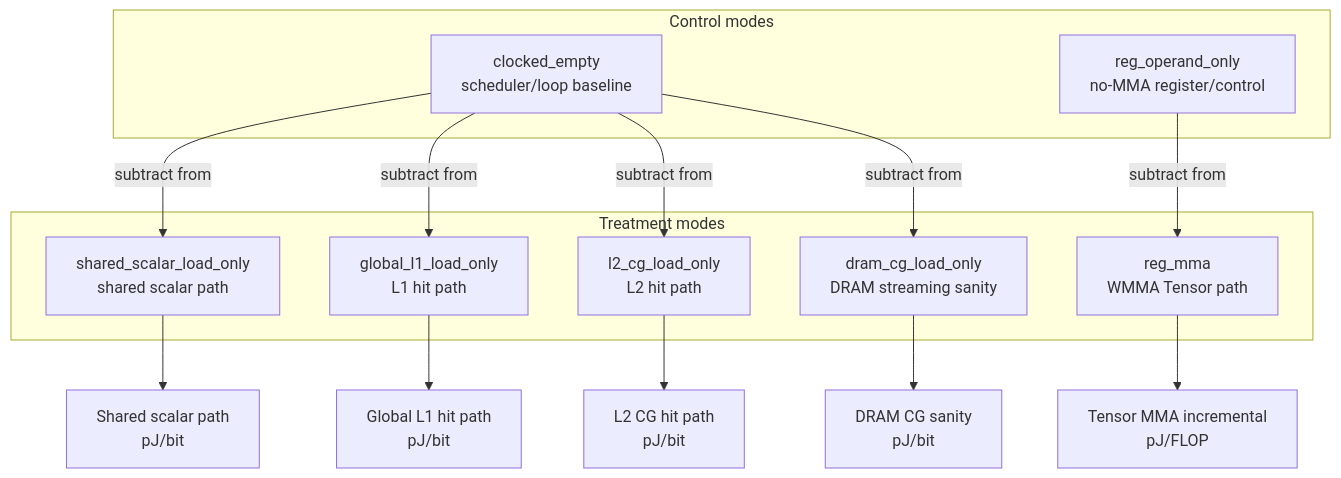
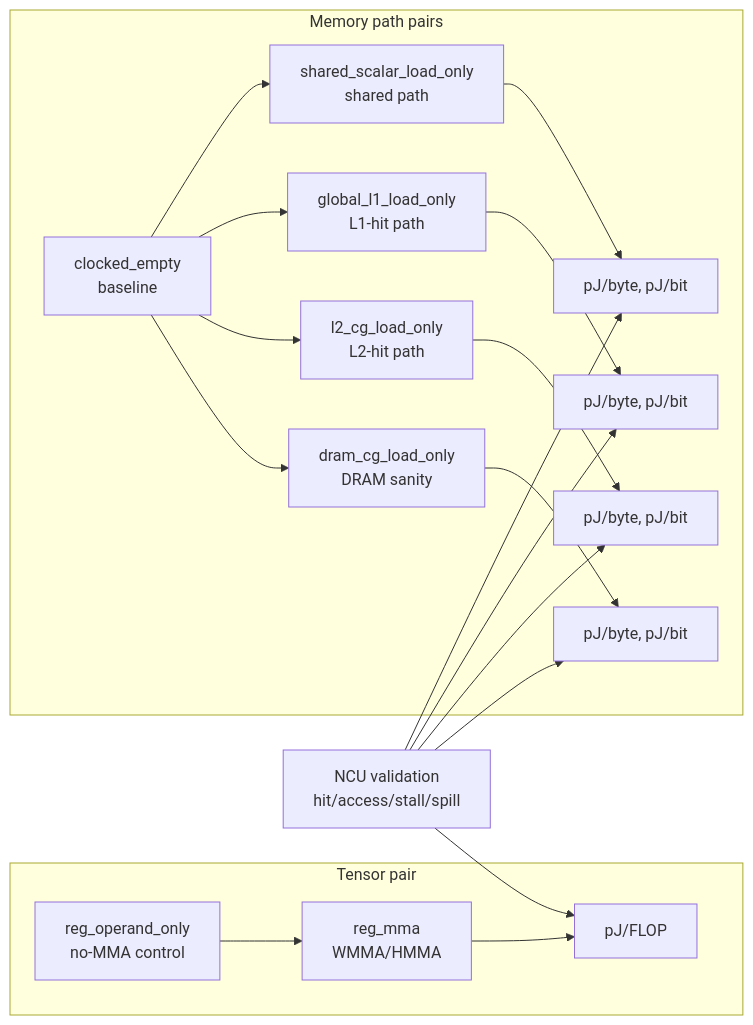
One commit to bang001/gpupower0701 changed the second of 2 diagrams in docs/howitworks.md. Above: the diagram before and after it, drawn with Mermaid. The commit also changed other lines of this file and 10 other files, not shown here.

````diff
--- a/docs/howitworks.md
+++ b/docs/howitworks.md
@@ -145,27 +516,25 @@
 ```mermaid
-flowchart TD
-  subgraph Controls[Control modes]
-    E[clocked_empty<br/>scheduler/loop baseline]
-    RO[reg_operand_only<br/>no-MMA register/control]
+flowchart LR
+  subgraph TensorPair[Tensor pair]
+    RO[reg_operand_only<br/>no-MMA control] --> RM[reg_mma<br/>WMMA/HMMA]
+    RM --> TF[pJ/FLOP]
   end
 
-  subgraph Treatments[Treatment modes]
-    RM[reg_mma<br/>WMMA Tensor path]
-    SH[shared_scalar_load_only<br/>shared scalar path]
-    L1[global_l1_load_only<br/>L1 hit path]
-    L2[l2_cg_load_only<br/>L2 hit path]
-    DR[dram_cg_load_only<br/>DRAM streaming sanity]
+  subgraph MemoryPairs[Memory path pairs]
+    CE[clocked_empty<br/>baseline]
+    CE --> SH[shared_scalar_load_only<br/>shared path]
+    CE --> L1[global_l1_load_only<br/>L1-hit path]
+    CE --> L2[l2_cg_load_only<br/>L2-hit path]
+    CE --> DR[dram_cg_load_only<br/>DRAM sanity]
+    SH --> SB[pJ/byte, pJ/bit]
+    L1 --> L1B[pJ/byte, pJ/bit]
+    L2 --> L2B[pJ/byte, pJ/bit]
+    DR --> DB[pJ/byte, pJ/bit]
   end
 
-  RO -->|subtract from| RM
-  E -->|subtract from| SH
-  E -->|subtract from| L1
-  E -->|subtract from| L2
-  E -->|subtract from| DR
-
-  RM --> Tcoef[Tensor MMA incremental<br/>pJ/FLOP]
-  SH --> Scoef[Shared scalar path<br/>pJ/bit]
-  L1 --> L1coef[Global L1 hit path<br/>pJ/bit]
-  L2 --> L2coef[L2 CG hit path<br/>pJ/bit]
-  DR --> Dcoef[DRAM CG sanity<br/>pJ/bit]
+  NCU[NCU validation<br/>hit/access/stall/spill] --> TF
+  NCU --> SB
+  NCU --> L1B
+  NCU --> L2B
+  NCU --> DB
 ```
````
